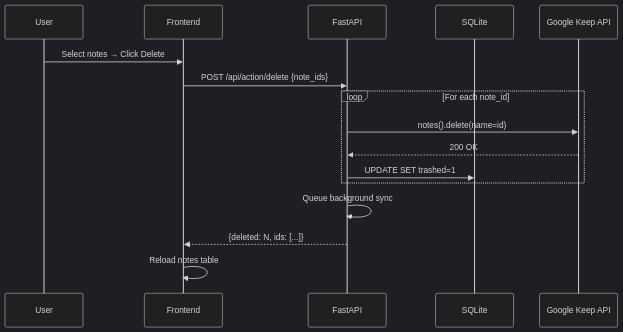
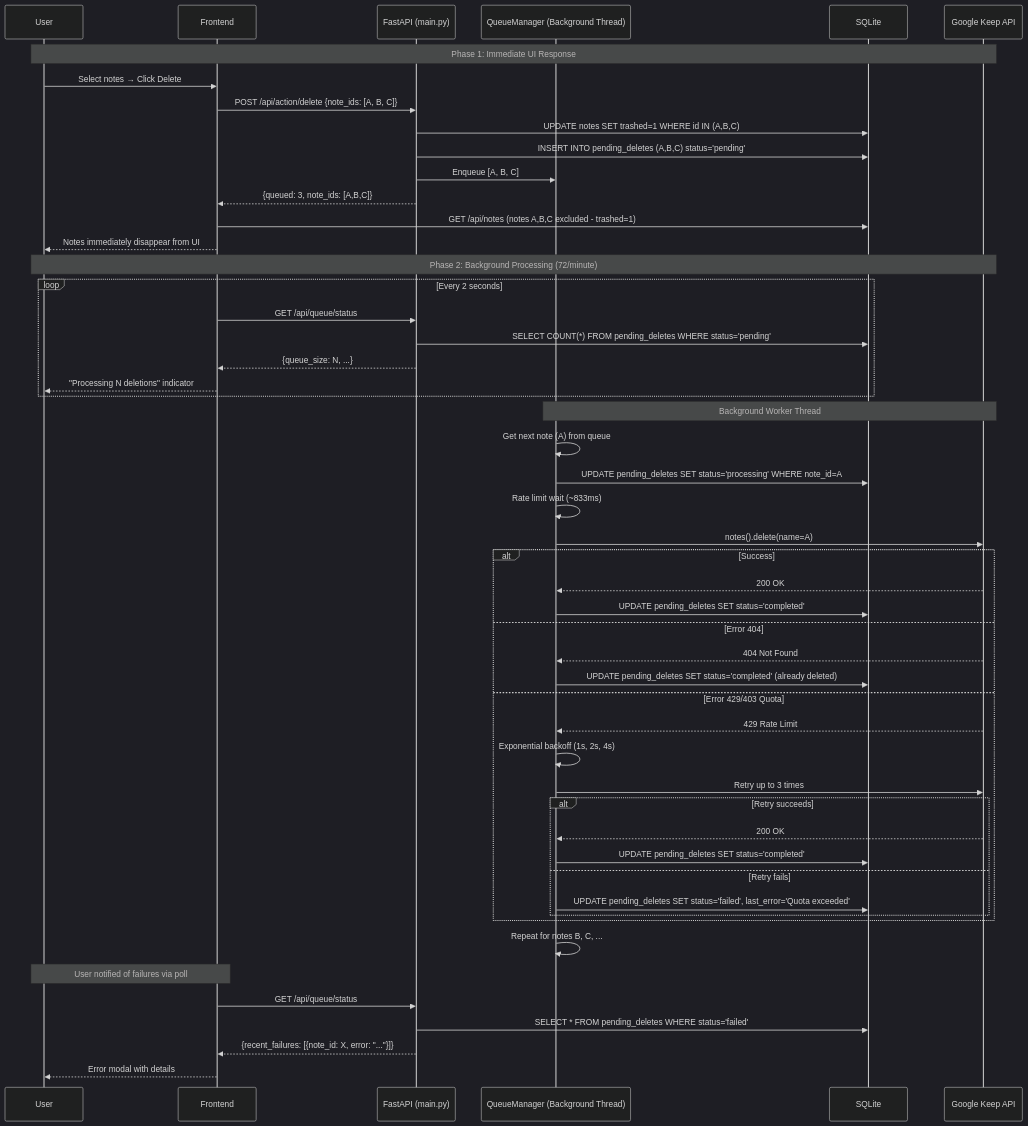
One commit to alexsmoy/keep-manager changed the fourth of 4 diagrams in ai-docs/architecture.md. Above: the diagram before and after it, drawn with Mermaid (dark theme). The commit also changed other lines of this file and 11 other files, not shown here.

Commit message:
feat: Implement a background queue manager for rate-limited note deletions, adding a new database table, UI components, and documentation.

````diff
--- a/ai-docs/architecture.md
+++ b/ai-docs/architecture.md
@@ -115,19 +156,57 @@
 ```mermaid
 sequenceDiagram
     participant User
     participant Browser as Frontend
-    participant Server as FastAPI
+    participant Server as FastAPI (main.py)
+    participant Queue as QueueManager (Background Thread)
     participant DB as SQLite
     participant API as Google Keep API
 
+    Note over User,API: Phase 1: Immediate UI Response
     User->>Browser: Select notes → Click Delete
-    Browser->>Server: POST /api/action/delete {note_ids}
-    loop For each note_id
-        Server->>API: notes().delete(name=id)
-        API-->>Server: 200 OK
-        Server->>DB: UPDATE SET trashed=1
+    Browser->>Server: POST /api/action/delete {note_ids: [A, B, C]}
+    Server->>DB: UPDATE notes SET trashed=1 WHERE id IN (A,B,C)
+    Server->>DB: INSERT INTO pending_deletes (A,B,C) status='pending'
+    Server->>Queue: Enqueue [A, B, C]
+    Server-->>Browser: {queued: 3, note_ids: [A,B,C]}
+    Browser->>DB: GET /api/notes (notes A,B,C excluded - trashed=1)
+    Browser-->>User: Notes immediately disappear from UI
+
+    Note over User,API: Phase 2: Background Processing (72/minute)
+    loop Every 2 seconds
+        Browser->>Server: GET /api/queue/status
+        Server->>DB: SELECT COUNT(*) FROM pending_deletes WHERE status='pending'
+        Server-->>Browser: {queue_size: N, ...}
+        Browser-->>User: "Processing N deletions" indicator
     end
-    Server->>Server: Queue background sync
-    Server-->>Browser: {deleted: N, ids: [...]}
-    Browser->>Browser: Reload notes table
+
+    Note over Queue,API: Background Worker Thread
+    Queue->>Queue: Get next note (A) from queue
+    Queue->>DB: UPDATE pending_deletes SET status='processing' WHERE note_id=A
+    Queue->>Queue: Rate limit wait (~833ms)
+    Queue->>API: notes().delete(name=A)
+    alt Success
+        API-->>Queue: 200 OK
+        Queue->>DB: UPDATE pending_deletes SET status='completed'
+    else Error 404
+        API-->>Queue: 404 Not Found
+        Queue->>DB: UPDATE pending_deletes SET status='completed' (already deleted)
+    else Error 429/403 Quota
+        API-->>Queue: 429 Rate Limit
+        Queue->>Queue: Exponential backoff (1s, 2s, 4s)
+        Queue->>API: Retry up to 3 times
+        alt Retry succeeds
+            API-->>Queue: 200 OK
+            Queue->>DB: UPDATE pending_deletes SET status='completed'
+        else Retry fails
+            Queue->>DB: UPDATE pending_deletes SET status='failed', last_error='Quota exceeded'
+        end
+    end
+    Queue->>Queue: Repeat for notes B, C, ...
+
+    Note over Browser,User: User notified of failures via poll
+    Browser->>Server: GET /api/queue/status
+    Server->>DB: SELECT * FROM pending_deletes WHERE status='failed'
+    Server-->>Browser: {recent_failures: [{note_id: X, error: "..."}]}
+    Browser-->>User: Error modal with details
 ```
````
